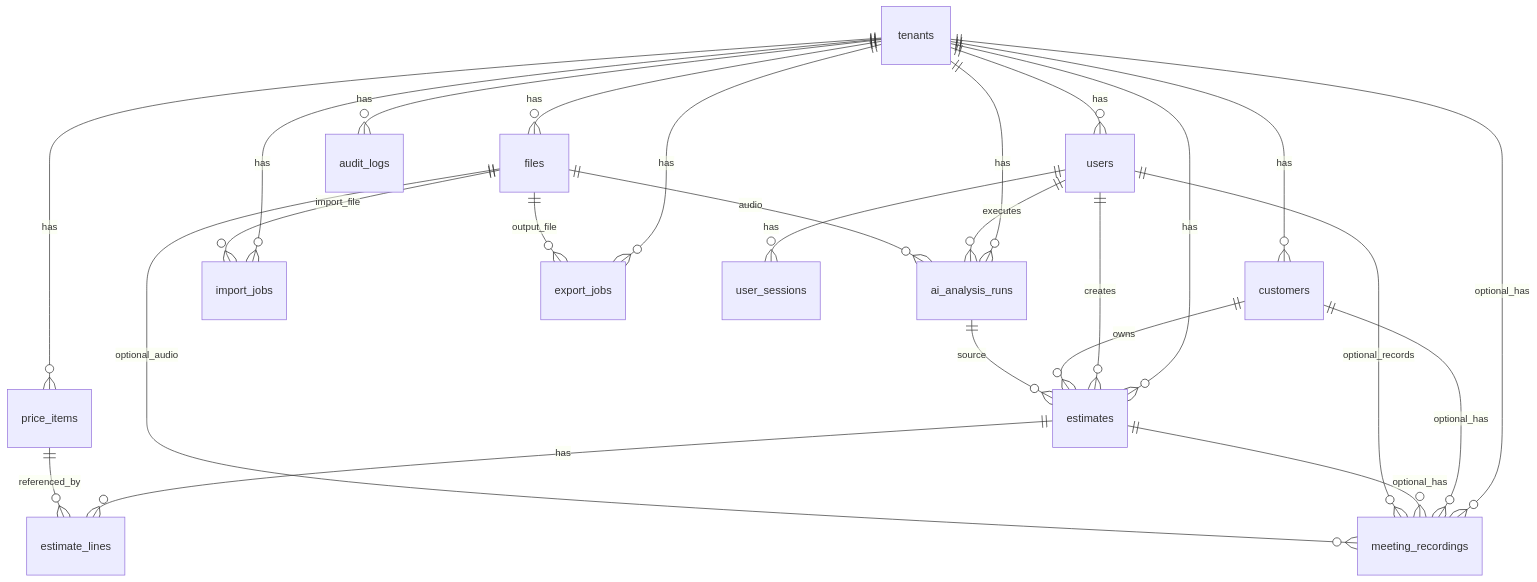
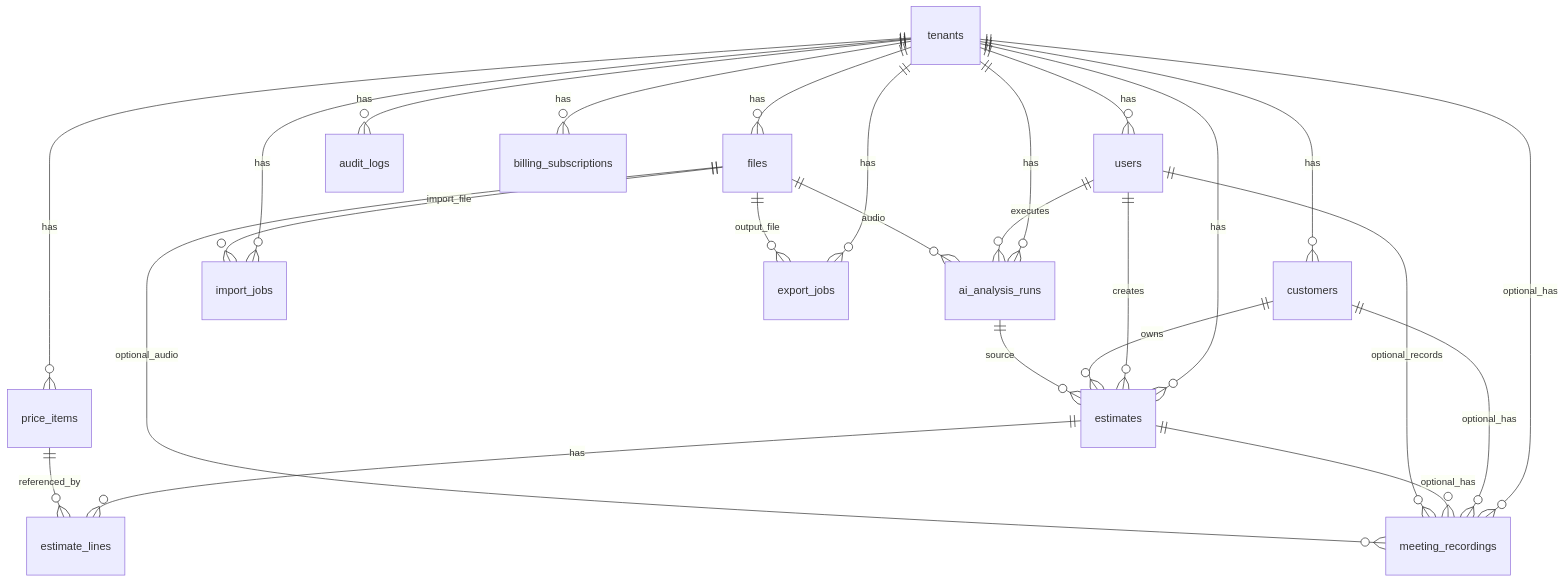
The diagram in docs/14_database_detail_design.md (tsuyoshiyasuda0105/mitsumori_project), drawn with Mermaid before and after one commit. The commit also changed other lines of this file and 47 other files, not shown here.

````diff
--- a/docs/14_database_detail_design.md
+++ b/docs/14_database_detail_design.md
@@ -67,31 +67,31 @@
 ```mermaid
 erDiagram
   tenants ||--o{ users : has
   tenants ||--o{ customers : has
   tenants ||--o{ price_items : has
   tenants ||--o{ estimates : has
   tenants ||--o{ files : has
   tenants ||--o{ ai_analysis_runs : has
   tenants ||--o{ import_jobs : has
   tenants ||--o{ export_jobs : has
   tenants ||--o{ audit_logs : has
+  tenants ||--o{ billing_subscriptions : has
 
-  users ||--o{ user_sessions : has
   users ||--o{ estimates : creates
   users ||--o{ ai_analysis_runs : executes
 
   customers ||--o{ estimates : owns
   estimates ||--o{ estimate_lines : has
   price_items ||--o{ estimate_lines : referenced_by
   ai_analysis_runs ||--o{ estimates : source
 
   files ||--o{ ai_analysis_runs : audio
   files ||--o{ import_jobs : import_file
   files ||--o{ export_jobs : output_file
 
   tenants ||--o{ meeting_recordings : optional_has
   customers ||--o{ meeting_recordings : optional_has
   estimates ||--o{ meeting_recordings : optional_has
   users ||--o{ meeting_recordings : optional_records
   files ||--o{ meeting_recordings : optional_audio
 ```
````
